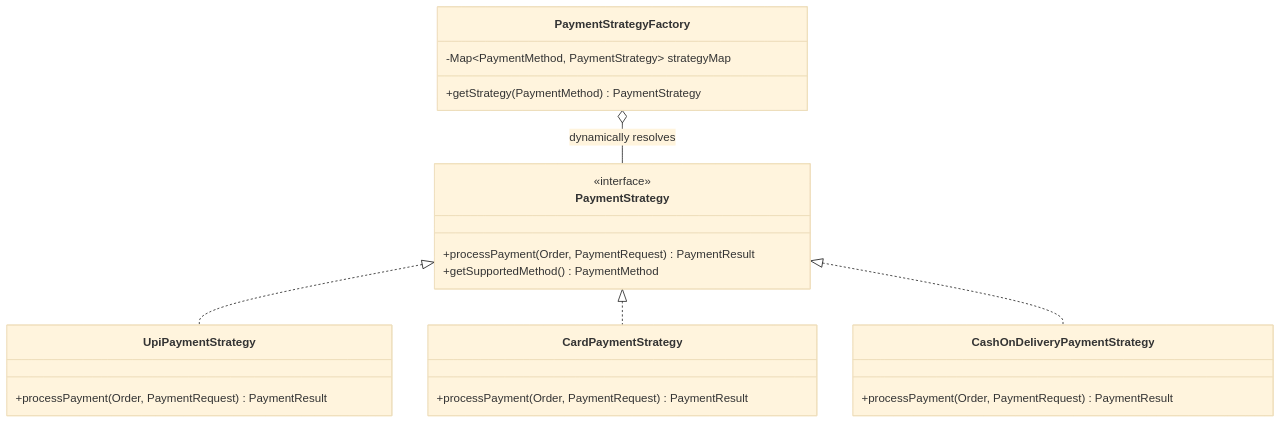
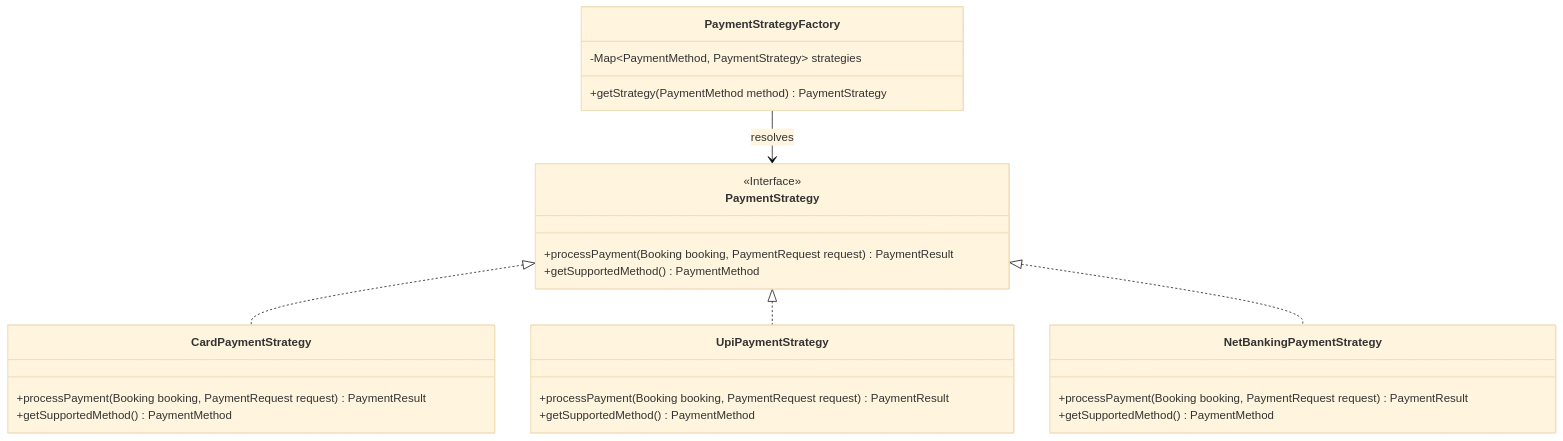
One commit to juvel00/order-processing- changed the second of 3 diagrams in PROJECT_REPORT.md. Above: the diagram before and after it, drawn with Mermaid (base theme). The commit also changed other lines of this file and 135 other files, not shown here.

````diff
--- a/PROJECT_REPORT.md
+++ b/PROJECT_REPORT.md
@@ -254,26 +220,33 @@
 ```mermaid
 classDiagram
     class PaymentStrategy {
-        <<interface>>
-        +processPayment(Order, PaymentRequest) PaymentResult
+        <<Interface>>
+        +processPayment(Booking booking, PaymentRequest request) PaymentResult
         +getSupportedMethod() PaymentMethod
     }
-    class UpiPaymentStrategy {
-        +processPayment(Order, PaymentRequest) PaymentResult
-    }
+
     class CardPaymentStrategy {
-        +processPayment(Order, PaymentRequest) PaymentResult
-    }
-    class CashOnDeliveryPaymentStrategy {
-        +processPayment(Order, PaymentRequest) PaymentResult
-    }
-    class PaymentStrategyFactory {
-        -Map~PaymentMethod, PaymentStrategy~ strategyMap
-        +getStrategy(PaymentMethod) PaymentStrategy
+        +processPayment(Booking booking, PaymentRequest request) PaymentResult
+        +getSupportedMethod() PaymentMethod
     }
 
+    class UpiPaymentStrategy {
+        +processPayment(Booking booking, PaymentRequest request) PaymentResult
+        +getSupportedMethod() PaymentMethod
+    }
+
+    class NetBankingPaymentStrategy {
+        +processPayment(Booking booking, PaymentRequest request) PaymentResult
+        +getSupportedMethod() PaymentMethod
+    }
+
+    class PaymentStrategyFactory {
+        -Map~PaymentMethod, PaymentStrategy~ strategies
+        +getStrategy(PaymentMethod method) PaymentStrategy
+    }
+
+    PaymentStrategy <|.. CardPaymentStrategy
     PaymentStrategy <|.. UpiPaymentStrategy
-    PaymentStrategy <|.. CardPaymentStrategy
-    PaymentStrategy <|.. CashOnDeliveryPaymentStrategy
-    PaymentStrategyFactory o-- PaymentStrategy : dynamically resolves
+    PaymentStrategy <|.. NetBankingPaymentStrategy
+    PaymentStrategyFactory --> PaymentStrategy : resolves
 ```
````
